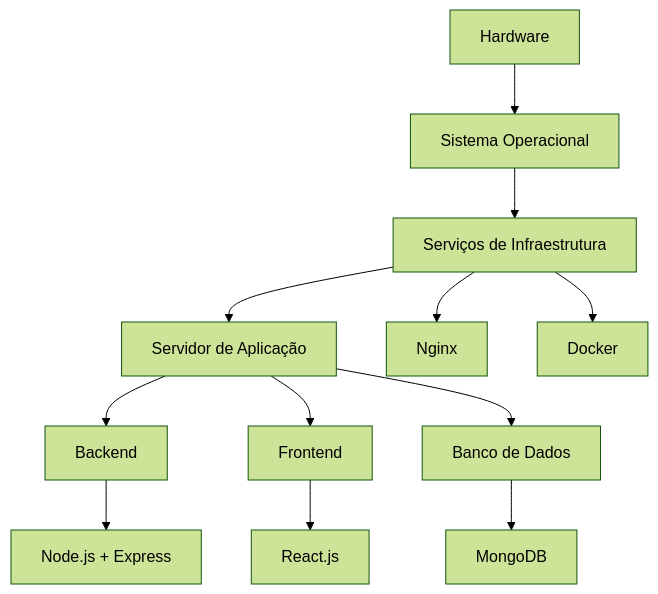
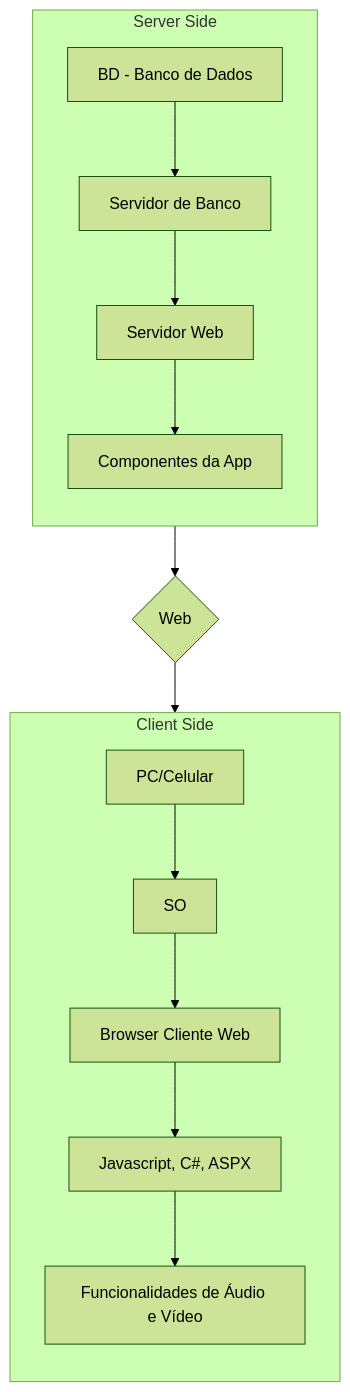
The fourth of 4 diagrams in README.md (Healzy1/icaro_reis), drawn with Mermaid (forest theme) before and after one commit.

````diff
--- a/README.md
+++ b/README.md
@@ -929,22 +929,25 @@
 ```mermaid
-graph TD
-    A[Hardware] --> B[Sistema Operacional]
-    B --> C[Serviços de Infraestrutura]
-    C --> D[Servidor de Aplicação]
-    D --> E[Backend]
-    D --> F[Frontend]
-    D --> G[Banco de Dados]
+flowchart TB
+    %% Server Side
+    subgraph "Server Side"
+        direction TB
+        A[BD - Banco de Dados] --> B[Servidor de Banco]
+        B --> C[Servidor Web]
+        C --> D[Componentes da App]
+    end
 
-    %% Detalhes dos serviços de infraestrutura
-    C --> C1[Nginx]
-    C --> C2[Docker]
+    %% Web
+    C --> E{Web}
 
-    %% Detalhes do backend
-    E --> E1[Node.js + Express]
+    %% Client Side
+    subgraph "Client Side"
+        direction TB
+        F[PC/Celular] --> G[SO]
+        G --> H[Browser Cliente Web]
+        H --> I[Javascript, C#, ASPX]
+        I --> J[Funcionalidades de Áudio e Vídeo]
+    end
 
-    %% Detalhes do frontend
-    F --> F1[React.js]
-
-    %% Detalhes do banco de dados
-    G --> G1[MongoDB]
+    %% Conexão entre Server Side e Client Side via Web
+    E --> H
 ```
````
